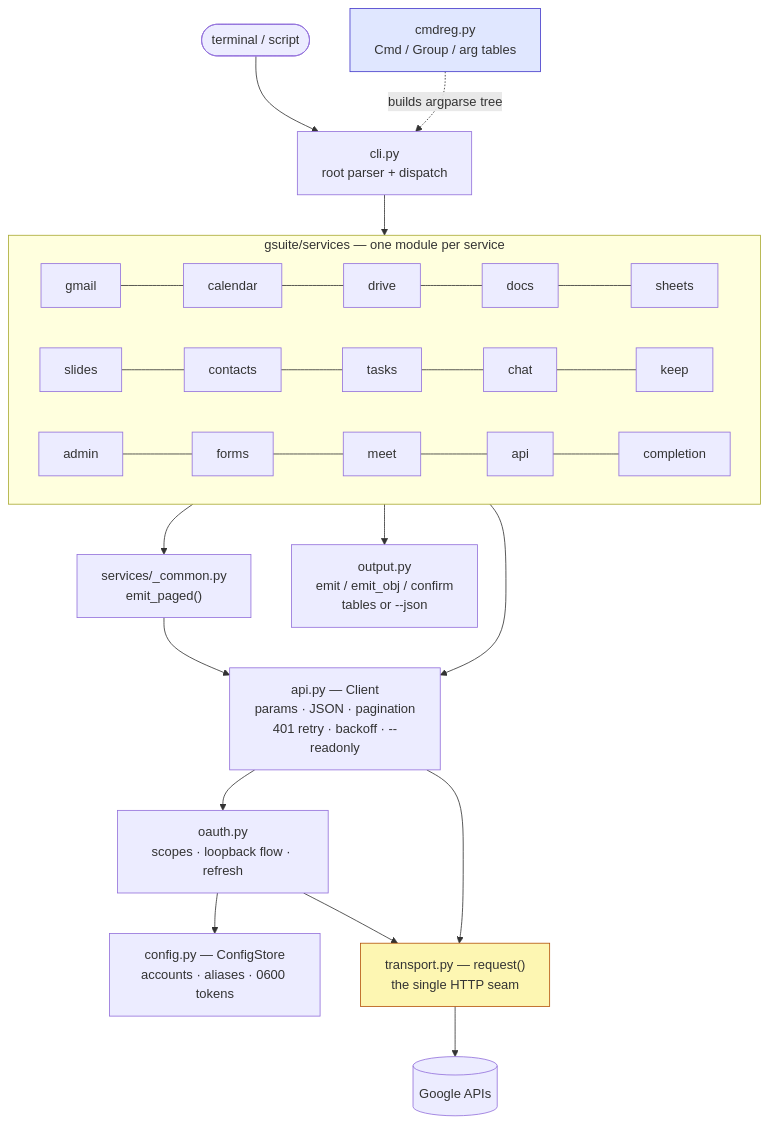
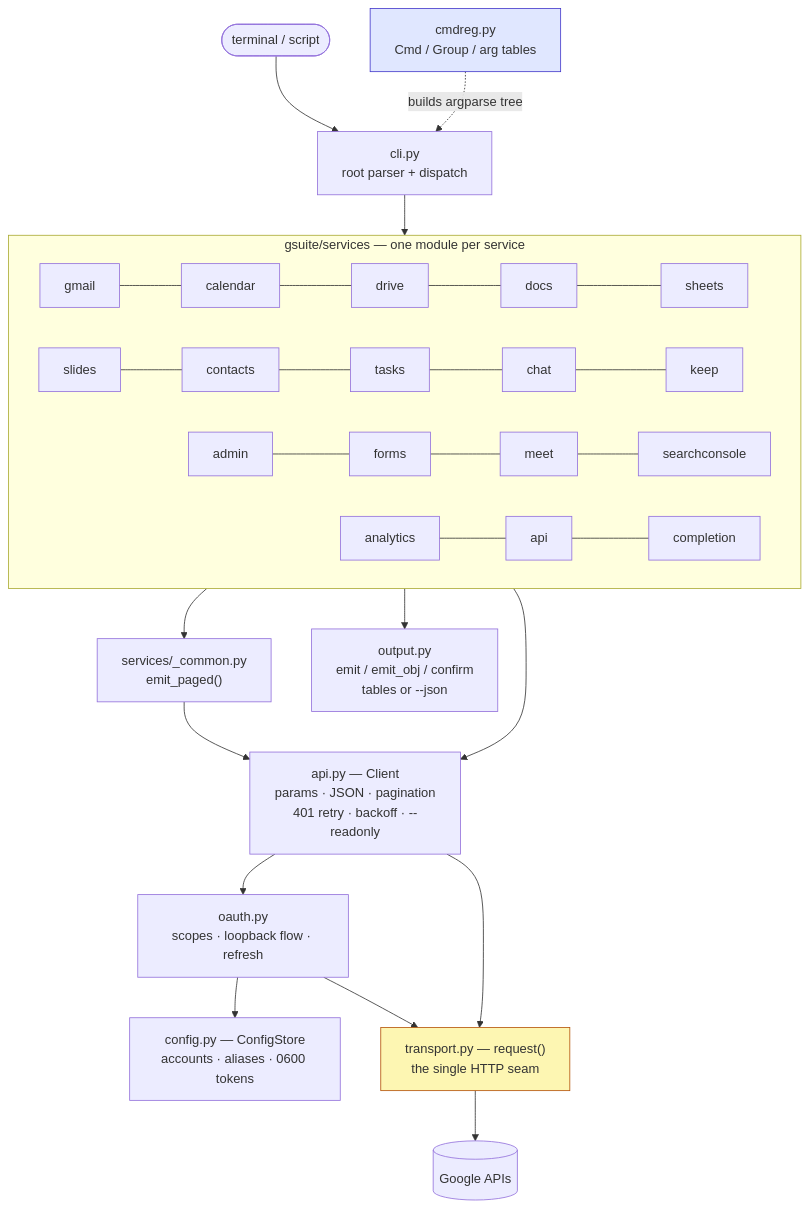
One commit to pfeilbr/git-scratchpad changed the first of 3 diagrams in docs/architecture.md. Above: the diagram before and after it, drawn with Mermaid. The commit also changed 14 other files, not shown here.

First line of the commit message:
feat: searchconsole and analytics reporting services

````diff
--- a/docs/architecture.md
+++ b/docs/architecture.md
@@ -9,26 +9,27 @@
 ```mermaid
 flowchart TD
     U([terminal / script]) --> CLI["cli.py<br/>root parser + dispatch"]
 
     subgraph SVC ["gsuite/services — one module per service"]
         direction LR
         GM[gmail] --- CA[calendar] --- DR[drive] --- DO[docs] --- SH[sheets]
         SL[slides] --- CO[contacts] --- TA[tasks] --- CH[chat] --- KE[keep]
-        AD[admin] --- FO[forms] --- ME[meet] --- AP[api] --- CP[completion]
+        AD[admin] --- FO[forms] --- ME[meet] --- SC[searchconsole]
+        AN[analytics] --- AP[api] --- CP[completion]
     end
 
     CLI --> SVC
     REG["cmdreg.py<br/>Cmd / Group / arg tables"] -. "builds argparse tree" .-> CLI
     SVC --> COMMON["services/_common.py<br/>emit_paged()"]
     SVC --> OUT["output.py<br/>emit / emit_obj / confirm<br/>tables or --json"]
     COMMON --> CLIENT
     SVC --> CLIENT["api.py — Client<br/>params · JSON · pagination<br/>401 retry · backoff · --readonly"]
     CLIENT --> OAUTH["oauth.py<br/>scopes · loopback flow · refresh"]
     OAUTH --> CFG["config.py — ConfigStore<br/>accounts · aliases · 0600 tokens"]
     CLIENT --> T["transport.py — request()<br/>the single HTTP seam"]
     OAUTH --> T
     T --> G[(Google APIs)]
 
     style T fill:#fdf6b2,stroke:#b45309
     style REG fill:#e0e7ff,stroke:#4338ca
 ```
````
